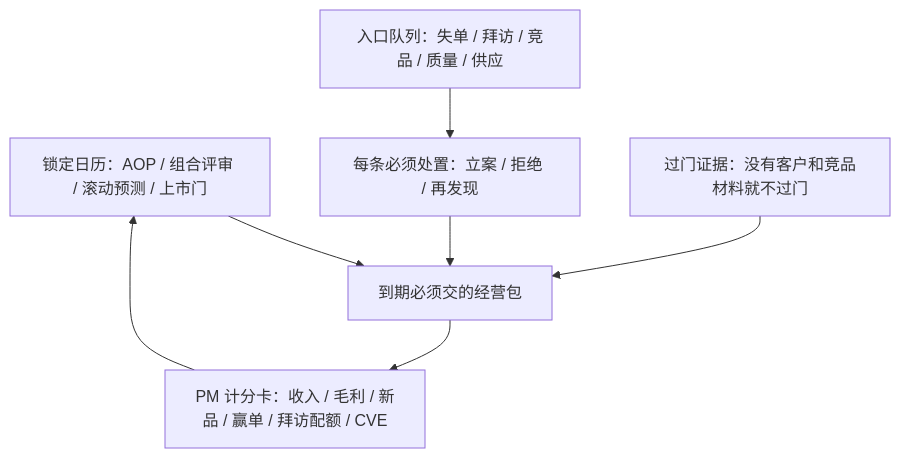
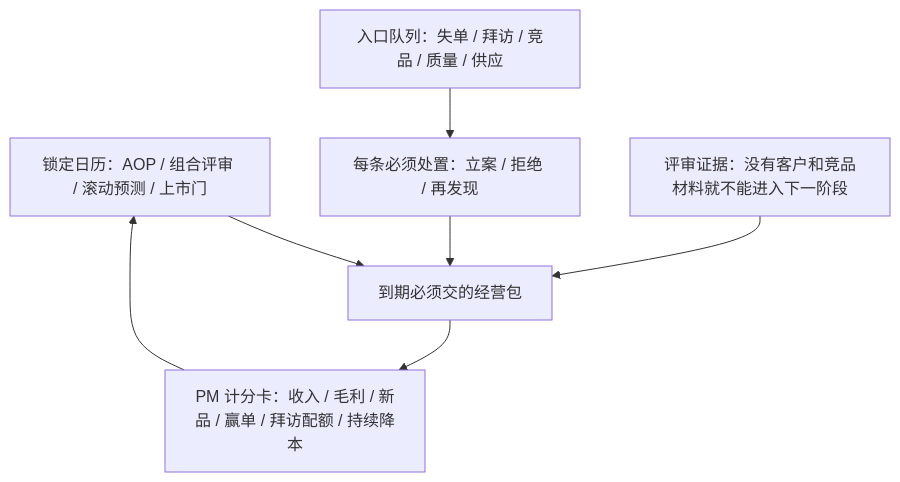
Before and after one commit to analyst2004lx/paper01: diagram 22 of 29 in 产品管理/战略和产品管理.md, drawn with Mermaid. The commit also changed other lines of this file and 2 other files, not shown here.

````diff
--- a/产品管理/战略和产品管理.md
+++ b/产品管理/战略和产品管理.md
@@ -1903,9 +2124,9 @@
 ```mermaid
 flowchart TB
     CAL["锁定日历：AOP / 组合评审 / 滚动预测 / 上市门"] --> PACK["到期必须交的经营包"]
     Q["入口队列：失单 / 拜访 / 竞品 / 质量 / 供应"] --> DISP["每条必须处置：立案 / 拒绝 / 再发现"]
-    GATE["过门证据：没有客户和竞品材料就不过门"] --> PACK
+    GATE["评审证据：没有客户和竞品材料就不能进入下一阶段"] --> PACK
     DISP --> PACK
-    PACK --> SCORE["PM 计分卡：收入 / 毛利 / 新品 / 赢单 / 拜访配额 / CVE"]
+    PACK --> SCORE["PM 计分卡：收入 / 毛利 / 新品 / 赢单 / 拜访配额 / 持续降本"]
     SCORE --> CAL
 ```
````
